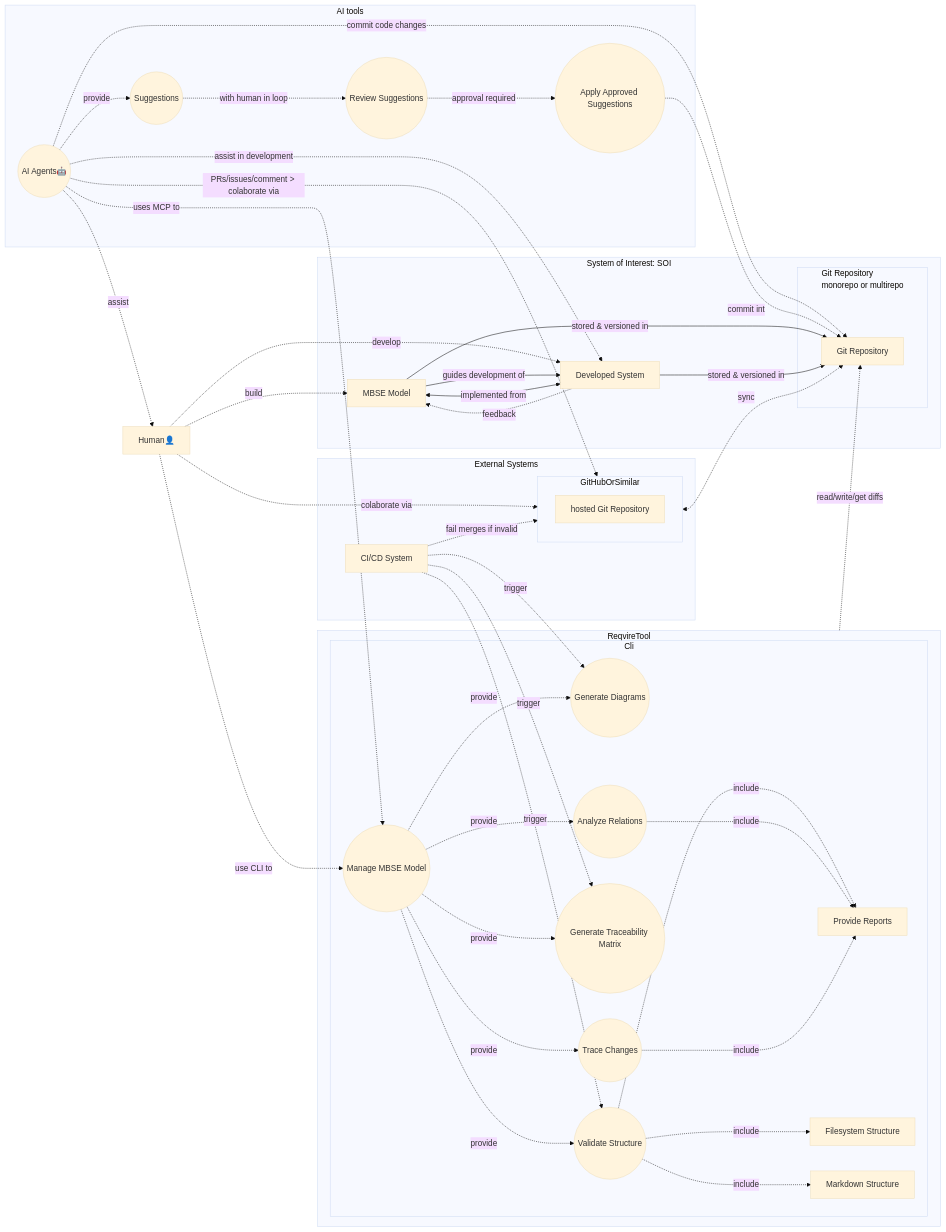
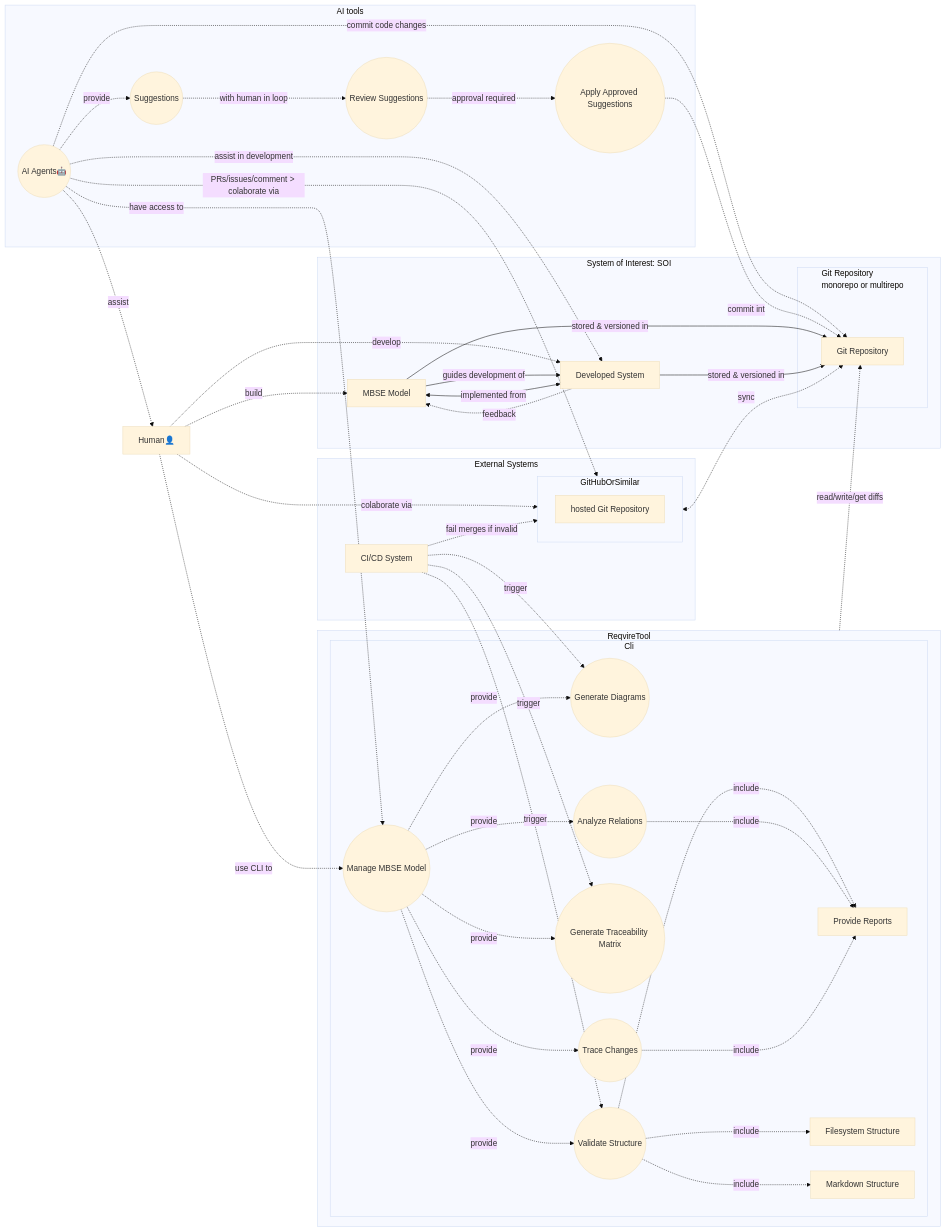
One commit to reqvire-org/reqvire changed the diagram in specifications/Usecases.md. Above: the diagram before and after it, drawn with Mermaid (base theme). The commit also changed other lines of this file and 21 other files, not shown here.

```diff
--- a/specifications/Usecases.md
+++ b/specifications/Usecases.md
@@ -71,7 +71,7 @@
     manageModel -. provide .-> generateDiagrams
     manageModel -. provide .-> handleDiffs
 
-    aiAgents -. uses MCP to .-> manageModel    
+    aiAgents -. have access to .-> manageModel    
 
     aiAgents -. assist in development .-> developedSystem
     aiAgents -. commit code changes .-> gitRepository
```
